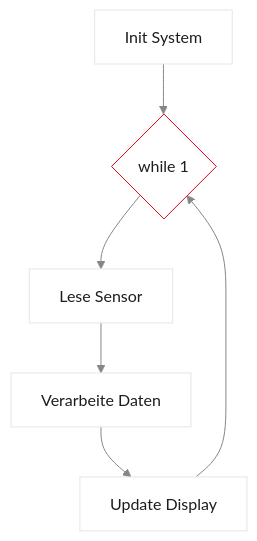
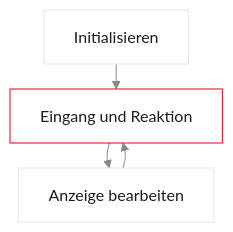
The third of 8 diagrams in vorlesungen/01_was-ist-echtzeit.qmd (dantschi/echtzeitsysteme), drawn with Mermaid before and after one commit. The commit also changed other lines of this file and 6 other files, not shown here.

````diff
--- a/vorlesungen/01_was-ist-echtzeit.qmd
+++ b/vorlesungen/01_was-ist-echtzeit.qmd
@@ -588,11 +485,9 @@
 ```{mermaid}
-%%| fig-width: 3.5
-%%{init: {'theme': 'base', 'themeVariables': {'background': '#FFFFFF', 'primaryColor': '#FFFFFF', 'primaryBorderColor': '#E5E5EA', 'primaryTextColor': '#1D1D1F', 'lineColor': '#86868B', 'secondaryColor': '#F5F5F7', 'tertiaryColor': '#FFFFFF', 'mainBkg': '#FFFFFF', 'nodeBorder': '#E5E5EA', 'clusterBkg': '#F5F5F7', 'clusterBorder': '#E5E5EA', 'titleColor': '#1D1D1F', 'edgeLabelBackground': '#FFFFFF'}}}%%
-graph TD
-  A[Init System] --> B{while 1}
-  B --> C[Lese Sensor]
-  C --> D[Verarbeite Daten]
-  D --> E[Update Display]
-  E --> B
+%%| fig-width: 5.2
+%%{init: {'theme': 'base', 'flowchart': {'nodeSpacing': 30, 'rankSpacing': 25}, 'themeVariables': {'background': '#FFFFFF', 'primaryColor': '#FFFFFF', 'primaryBorderColor': '#E5E5EA', 'primaryTextColor': '#1D1D1F', 'lineColor': '#86868B', 'secondaryColor': '#F5F5F7', 'tertiaryColor': '#FFFFFF', 'clusterBkg': '#F5F5F7', 'clusterBorder': '#E5E5EA', 'edgeLabelBackground': '#FFFFFF'}}}%%
+flowchart TD
+  A[Initialisieren] --> B[Eingang und Reaktion]
+  B --> C[Anzeige bearbeiten]
+  C --> B
   style B fill:#FFFFFF,stroke:#E2001A,stroke-width:2px !important
 ```
````
